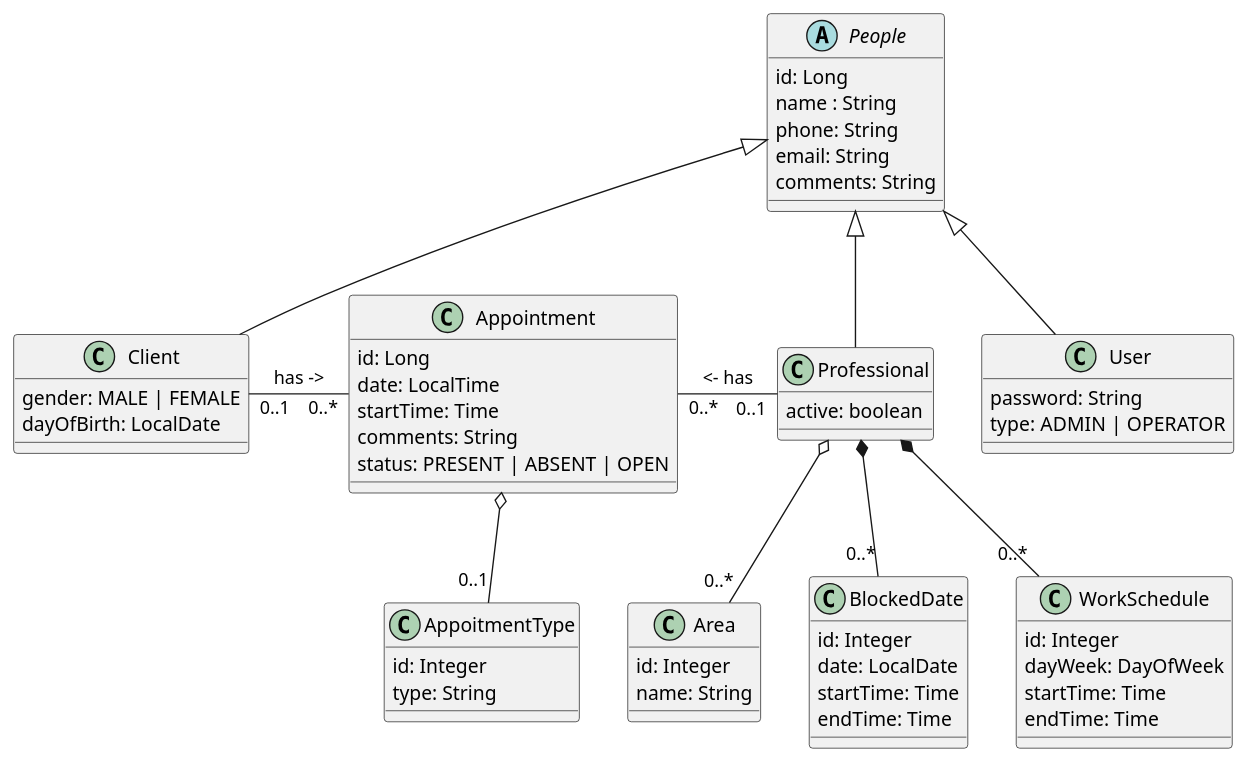
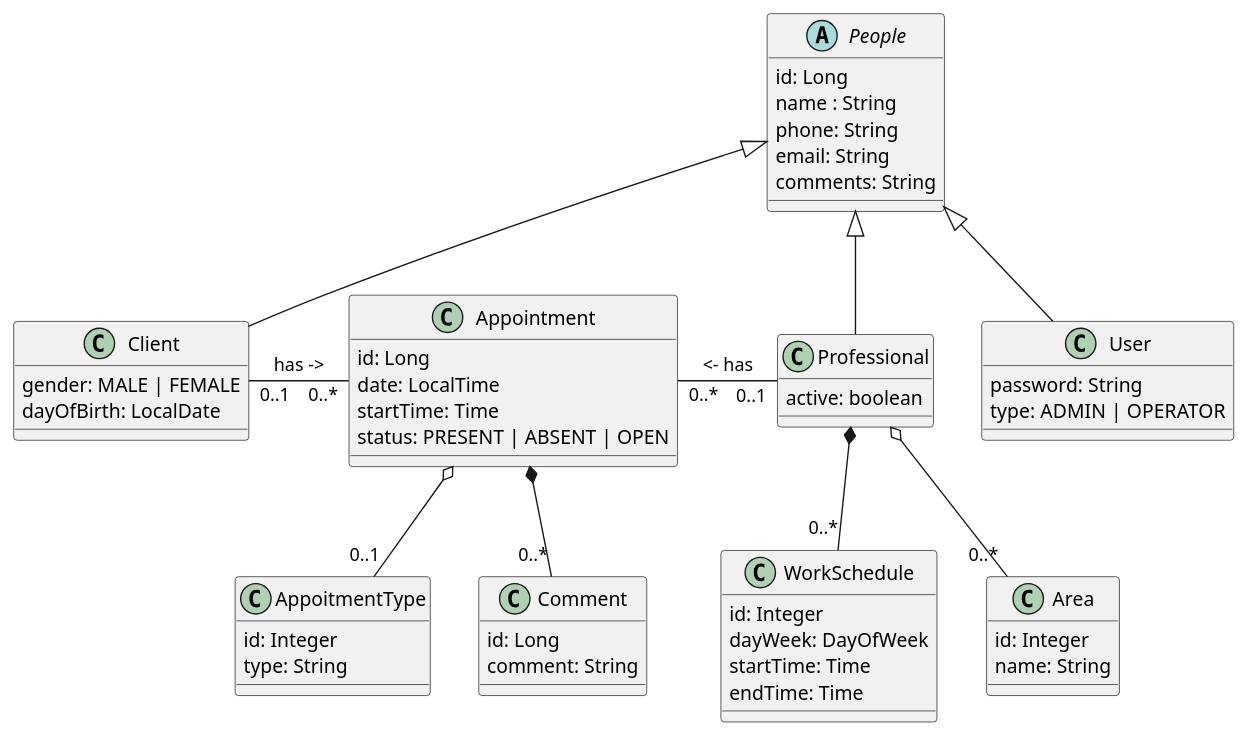
The diagram in docs/classes.puml (glaucotodesco/bootcamp-agenda), drawn with PlantUML before and after one commit. The commit also changed 16 other files, not shown here.

```diff
--- a/docs/classes.puml
+++ b/docs/classes.puml
@@ -1,73 +1,70 @@
 @startuml "Modelo conceitual"
 
 abstract class People {
     id: Long
     name : String
     phone: String
     email: String
     comments: String
 }
 
 class Professional {
     active: boolean    
 }
 
 class Client {
     gender: MALE | FEMALE
     dayOfBirth: LocalDate
 }
 
 
 'private or health insurance
 class AppoitmentType {
     id: Integer
     type: String
 }
 
+class Comment {
+    id: Long
+    comment: String
+}
 class WorkSchedule {
     id: Integer
     dayWeek: DayOfWeek
     startTime: Time
     endTime: Time
 }
 
 class Area {
     id: Integer
     name: String
 }
 
 class Appointment {
     id: Long
     date: LocalTime
     startTime: Time
-    comments: String
     status: PRESENT | ABSENT | OPEN
 }
 
-class BlockedDate {
-    id: Integer
-    date: LocalDate
-    startTime: Time
-    endTime: Time
-}
 
 class User {
     password: String
     type: ADMIN | OPERATOR
 
 }
 
 People              <|--            Client
 People              <|--            Professional
 People              <|--            User
 Professional        o--     "0..*"  Area
 Professional        *--     "0..*"  WorkSchedule
-Professional        *--     "0..*"  BlockedDate
 Appointment         o--     "0..1"  AppoitmentType
 Appointment "0..*"  -l-     "0..1"  Client            : has ->
 Appointment "0..*"  -r-     "0..1"  Professional      : <- has  
+Appointment         *--     "0..*"  Comment           
 
 
 
 
 @enduml
```
